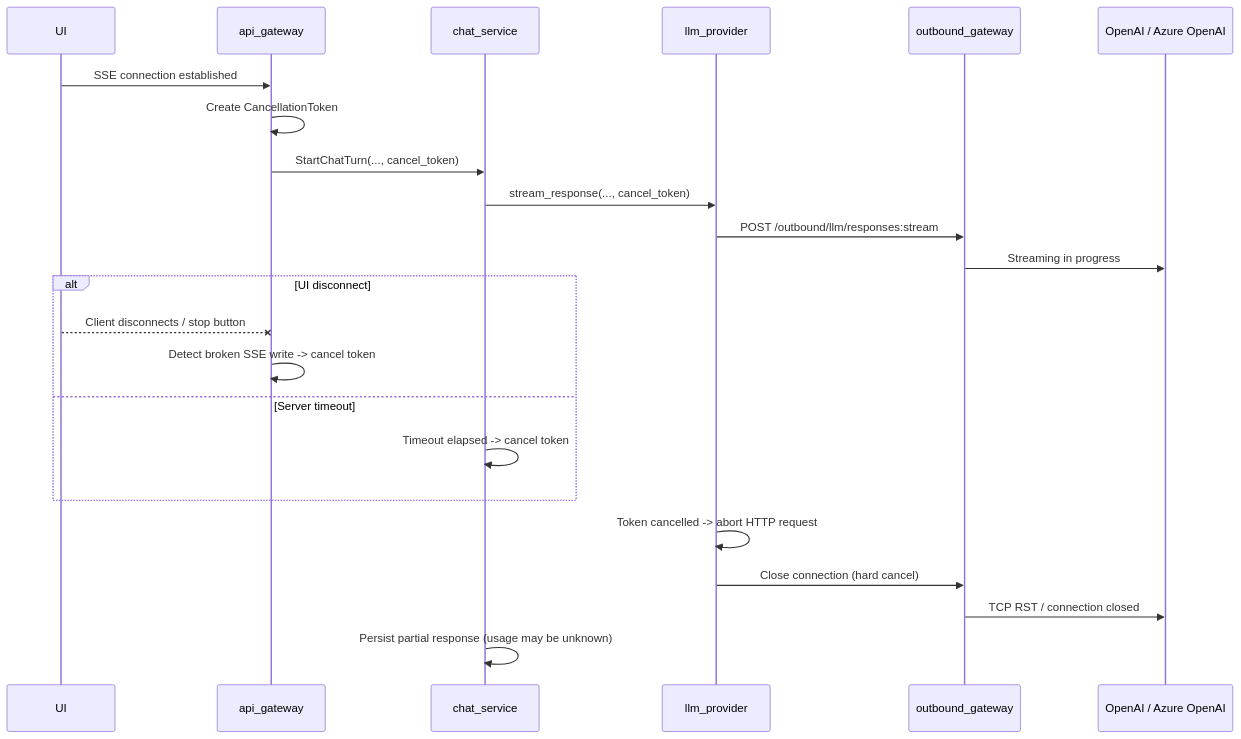
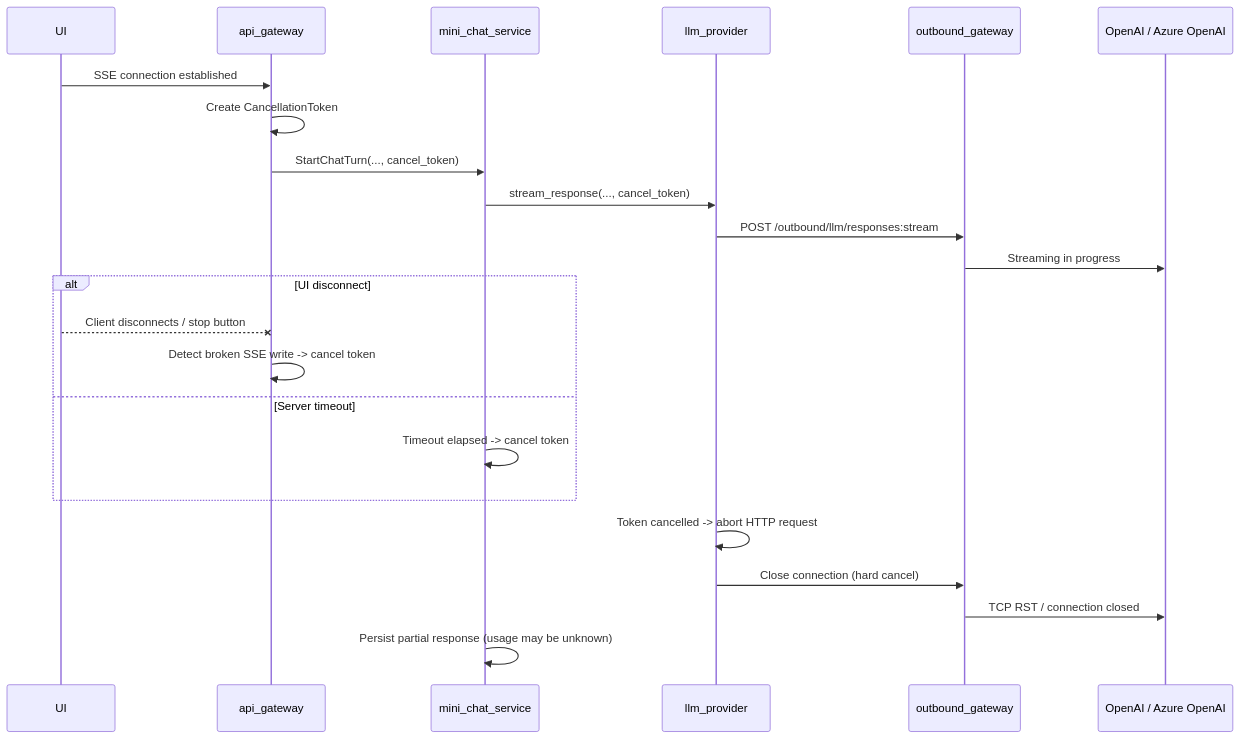
One commit to cyberfabric/cyberfabric-core changed the fourth of 5 diagrams in modules/mini-chat/docs/DESIGN.md. Above: the diagram before and after it, drawn with Mermaid. The commit also changed other lines of this file and 3 other files, not shown here.

````diff
--- a/modules/mini-chat/docs/DESIGN.md
+++ b/modules/mini-chat/docs/DESIGN.md
@@ -661,28 +707,28 @@
 ```mermaid
 sequenceDiagram
     participant UI
     participant AG as api_gateway
-    participant CS as chat_service
+    participant CS as mini_chat_service
     participant LP as llm_provider
     participant OG as outbound_gateway
     participant OAI as OpenAI / Azure OpenAI
 
     UI->>AG: SSE connection established
     AG->>AG: Create CancellationToken
     AG->>CS: StartChatTurn(..., cancel_token)
     CS->>LP: stream_response(..., cancel_token)
     LP->>OG: POST /outbound/llm/responses:stream
     OG->>OAI: Streaming in progress
 
     alt UI disconnect
         UI--xAG: Client disconnects / stop button
         AG->>AG: Detect broken SSE write -> cancel token
     else Server timeout
         CS->>CS: Timeout elapsed -> cancel token
     end
 
     LP->>LP: Token cancelled -> abort HTTP request
     LP->>OG: Close connection (hard cancel)
     OG->>OAI: TCP RST / connection closed
     CS->>CS: Persist partial response (usage may be unknown)
 ```
````
